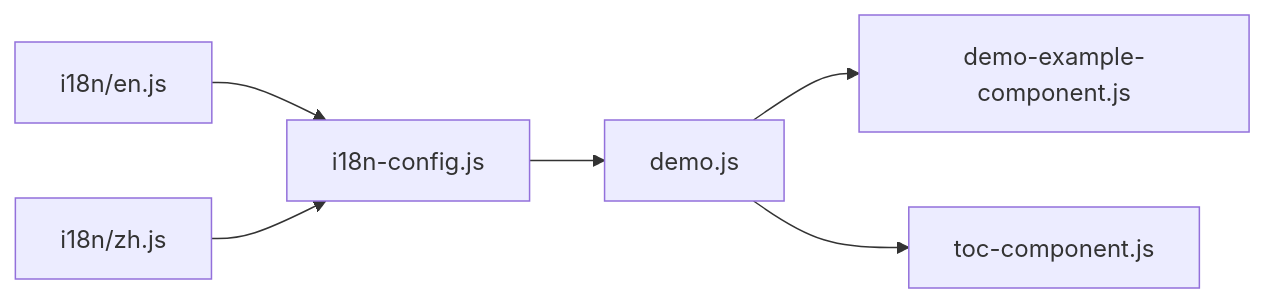
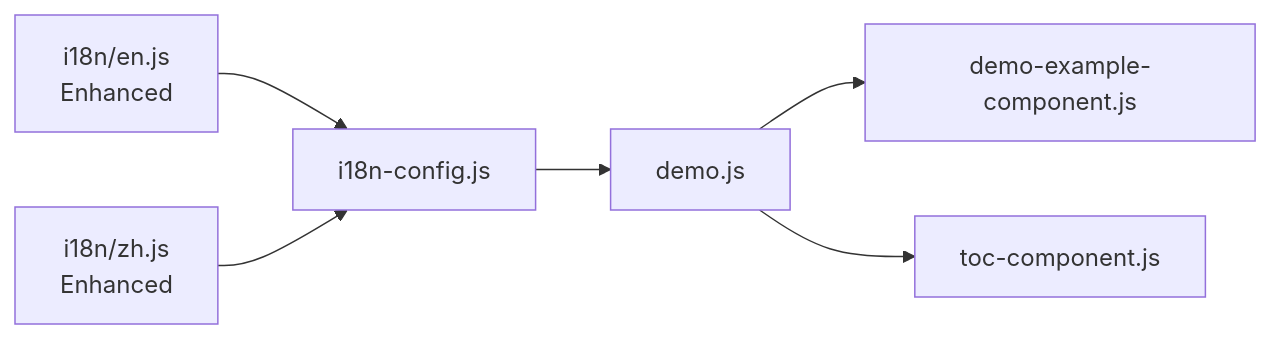
Before and after one commit to pingwurth/code-to-uml: the sixth of 6 diagrams in .qoder/repowiki/en/content/Internationalization System.md, drawn with Mermaid. The commit also changed other lines of this file and 21 other files, not shown here.

Commit message:
chore(docs): 删除 Code-To-UML 介绍文档

````diff
--- a/.qoder/repowiki/en/content/Internationalization System.md
+++ b/.qoder/repowiki/en/content/Internationalization System.md
@@ -305,8 +318,8 @@
 ```mermaid
 graph LR
-EN["i18n/en.js"] --> CFG["i18n-config.js"]
-ZH["i18n/zh.js"] --> CFG
+EN["i18n/en.js<br/>Enhanced"] --> CFG["i18n-config.js"]
+ZH["i18n/zh.js<br/>Enhanced"] --> CFG
 CFG --> DEMOJS["demo.js"]
 DEMOJS --> EXCOMP["demo-example-component.js"]
 DEMOJS --> TOCCOMP["toc-component.js"]
 ```
````
